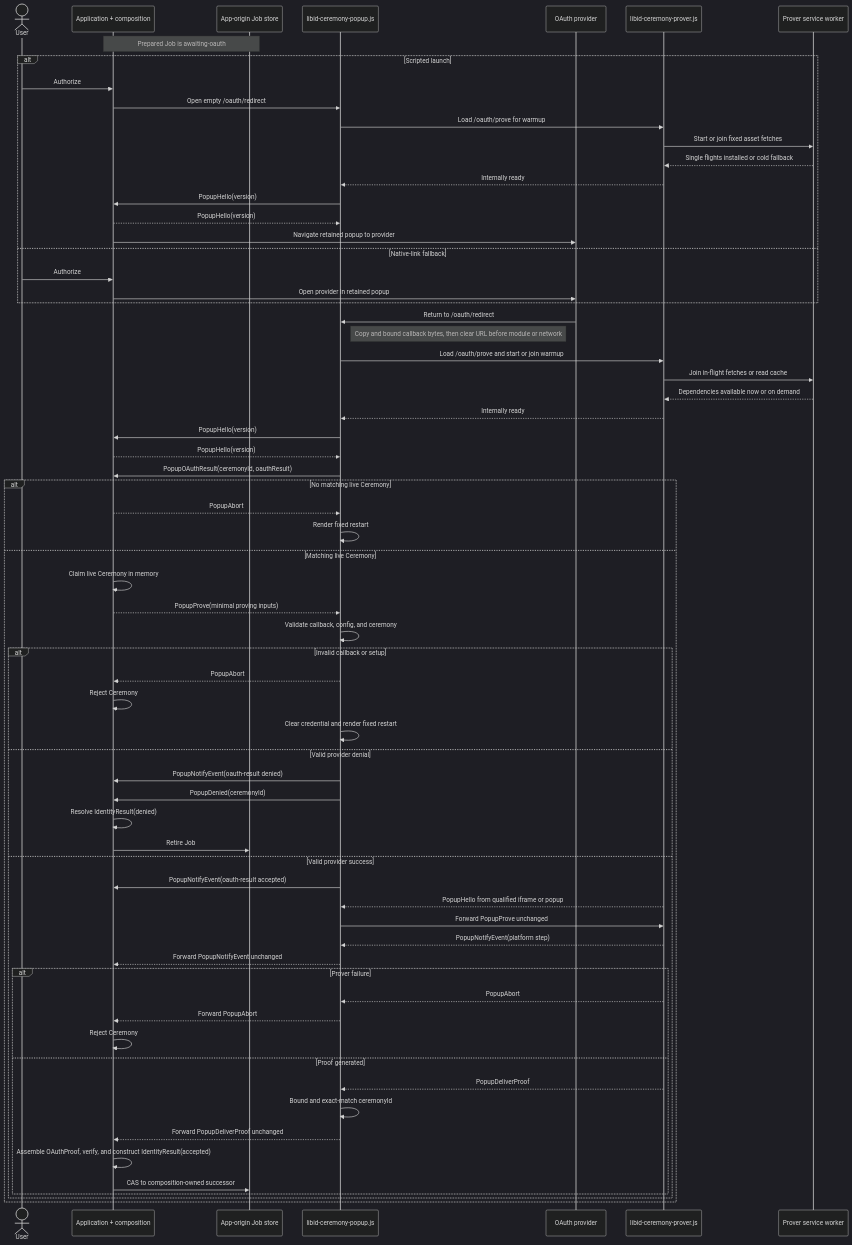
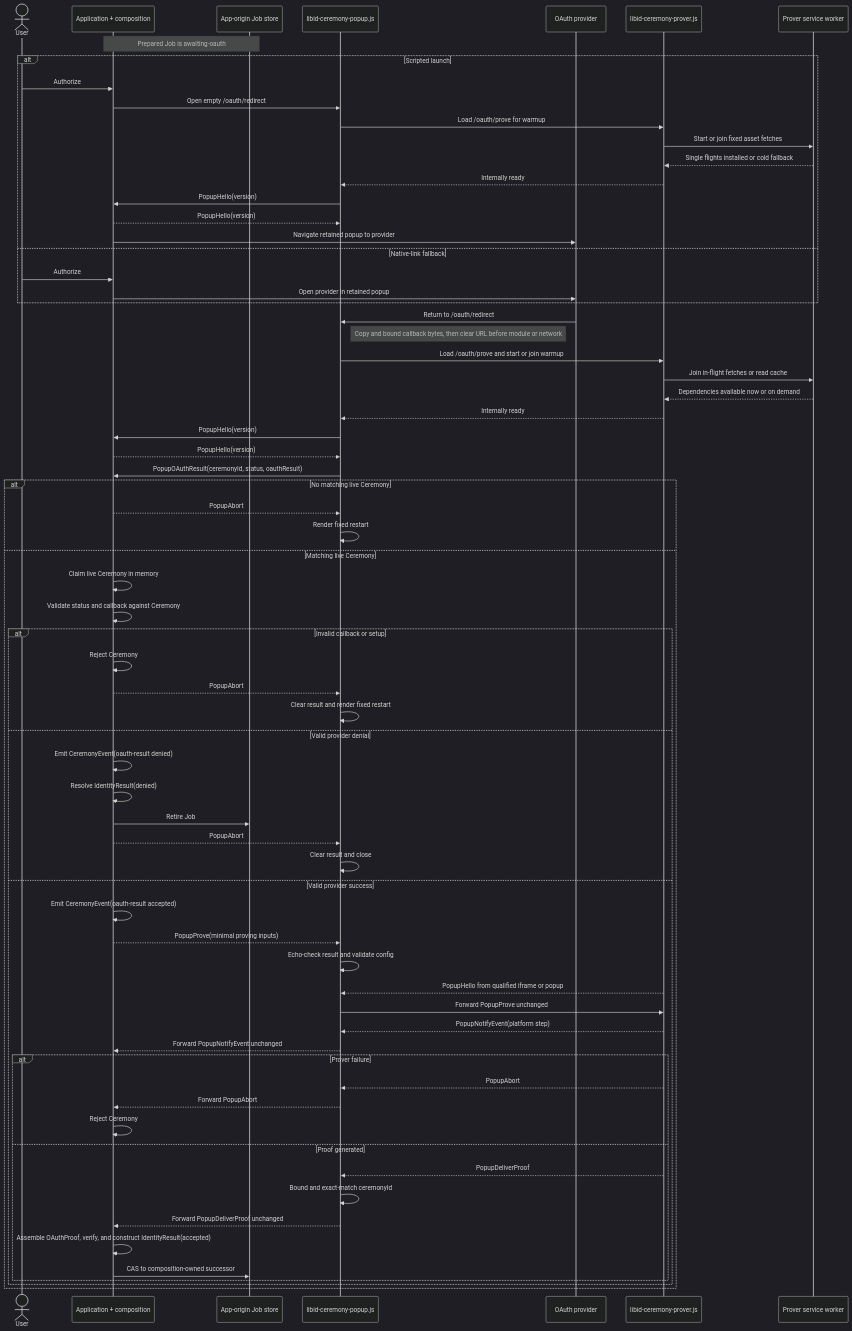
One commit to libid-org/libid changed the diagram in ts/packages/ceremony/ARCHITECTURE.md. Above: the diagram before and after it, drawn with Mermaid (dark theme). The commit also changed other lines of this file and 1 other file, not shown here.

Commit message:
docs(ceremony): fold denial into OAuth result

````diff
--- a/ts/packages/ceremony/ARCHITECTURE.md
+++ b/ts/packages/ceremony/ARCHITECTURE.md
@@ -588,71 +593,73 @@
 ```mermaid
 sequenceDiagram
     actor U as User
     participant A as Application + composition
     participant J as App-origin Job store
     participant C as libid-ceremony-popup.js
     participant O as OAuth provider
     participant P as libid-ceremony-prover.js
     participant W as Prover service worker
 
     Note over A,J: Prepared Job is awaiting-oauth
     alt Scripted launch
         U->>A: Authorize
         A->>C: Open empty /oauth/redirect
         C->>P: Load /oauth/prove for warmup
         P->>W: Start or join fixed asset fetches
         W-->>P: Single flights installed or cold fallback
         P-->>C: Internally ready
         C->>A: PopupHello(version)
         A-->>C: PopupHello(version)
         A->>O: Navigate retained popup to provider
     else Native-link fallback
         U->>A: Authorize
         A->>O: Open provider in retained popup
     end
     O->>C: Return to /oauth/redirect
     Note right of C: Copy and bound callback bytes, then clear URL before module or network
     C->>P: Load /oauth/prove and start or join warmup
     P->>W: Join in-flight fetches or read cache
     W-->>P: Dependencies available now or on demand
     P-->>C: Internally ready
     C->>A: PopupHello(version)
     A-->>C: PopupHello(version)
-    C->>A: PopupOAuthResult(ceremonyId, oauthResult)
+    C->>A: PopupOAuthResult(ceremonyId, status, oauthResult)
     alt No matching live Ceremony
         A-->>C: PopupAbort
         C->>C: Render fixed restart
     else Matching live Ceremony
         A->>A: Claim live Ceremony in memory
-        A-->>C: PopupProve(minimal proving inputs)
-        C->>C: Validate callback, config, and ceremony
+        A->>A: Validate status and callback against Ceremony
 
         alt Invalid callback or setup
-            C-->>A: PopupAbort
             A->>A: Reject Ceremony
-            C->>C: Clear credential and render fixed restart
+            A-->>C: PopupAbort
+            C->>C: Clear result and render fixed restart
         else Valid provider denial
-            C->>A: PopupNotifyEvent(oauth-result denied)
-            C->>A: PopupDenied(ceremonyId)
+            A->>A: Emit CeremonyEvent(oauth-result denied)
             A->>A: Resolve IdentityResult(denied)
             A->>J: Retire Job
+            A-->>C: PopupAbort
+            C->>C: Clear result and close
         else Valid provider success
-            C->>A: PopupNotifyEvent(oauth-result accepted)
+            A->>A: Emit CeremonyEvent(oauth-result accepted)
+            A-->>C: PopupProve(minimal proving inputs)
+            C->>C: Echo-check result and validate config
             P-->>C: PopupHello from qualified iframe or popup
             C->>P: Forward PopupProve unchanged
             P-->>C: PopupNotifyEvent(platform step)
             C-->>A: Forward PopupNotifyEvent unchanged
             alt Prover failure
                 P-->>C: PopupAbort
                 C-->>A: Forward PopupAbort
                 A->>A: Reject Ceremony
             else Proof generated
                 P-->>C: PopupDeliverProof
                 C->>C: Bound and exact-match ceremonyId
                 C-->>A: Forward PopupDeliverProof unchanged
                 A->>A: Assemble OAuthProof, verify, and construct IdentityResult(accepted)
                 A->>J: CAS to composition-owned successor
             end
         end
     end
 ```
````
